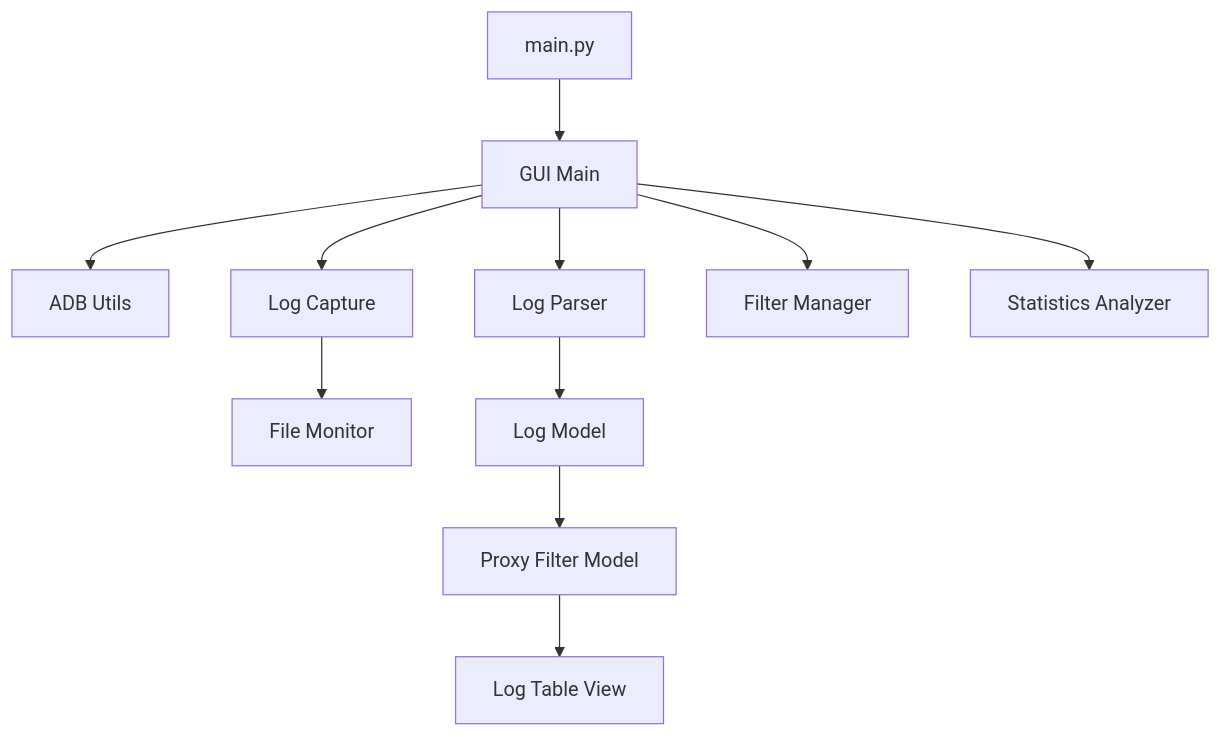
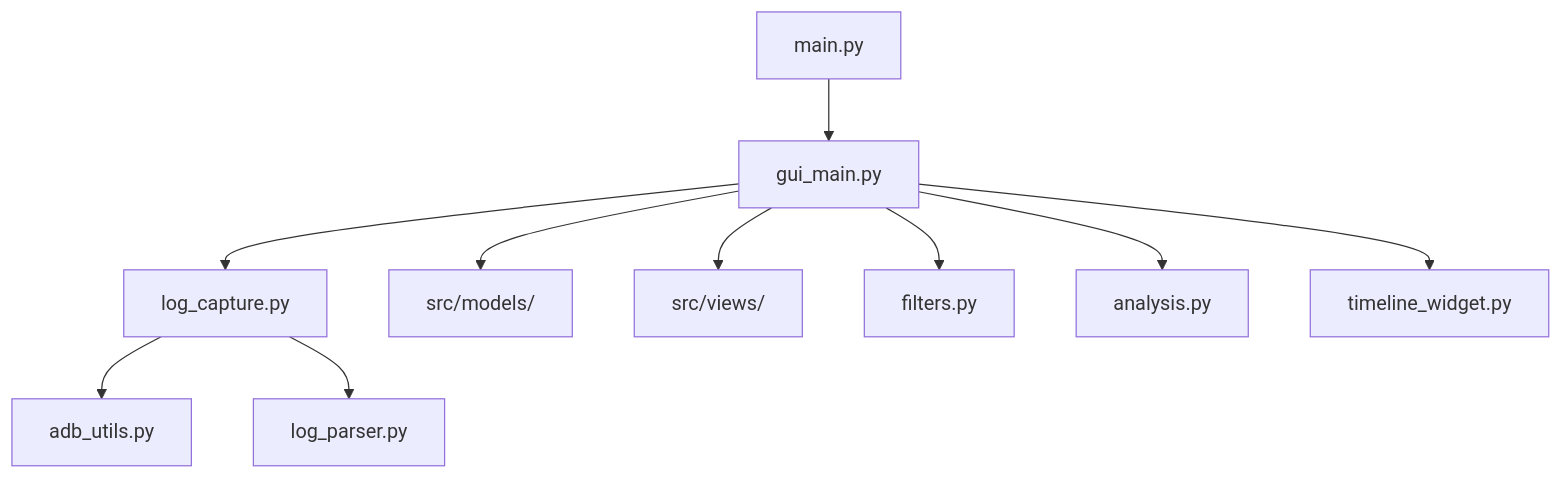
The diagram in README.md (Priyansh5/android-log-monitor), drawn with Mermaid before and after one commit.

Commit message:
Revise project architecture diagram in README
Updated project architecture diagram in README.md to reflect new file structure.

````diff
--- a/README.md
+++ b/README.md
@@ -65,13 +65,14 @@
 ```mermaid
 graph TD
-    A[main.py] --> B[GUI Main]
-    B --> C[ADB Utils]
-    B --> D[Log Parser]
-    B --> E[Log Capture]
-    B --> F[Filter Manager]
-    B --> G[Statistics Analyzer]
-    E --> H[File Monitor]
-    D --> I[Log Model]
-    I --> J[Proxy Filter Model]
-    J --> K[Log Table View]
+    main[main.py] --> gui[gui_main.py]
+
+    gui --> logcap[log_capture.py]
+    gui --> models[src/models/]
+    gui --> views[src/views/]
+    gui --> filters[filters.py]
+    gui --> analysis[analysis.py]
+    gui --> timeline[timeline_widget.py]
+
+    logcap --> adb[adb_utils.py]
+    logcap --> parser[log_parser.py]
 ```
````
